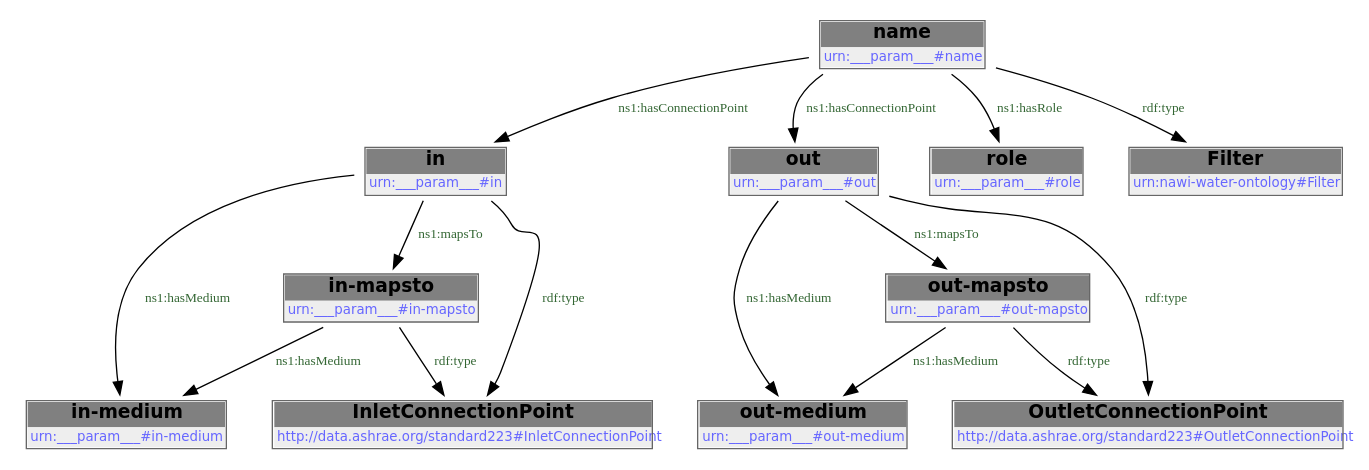
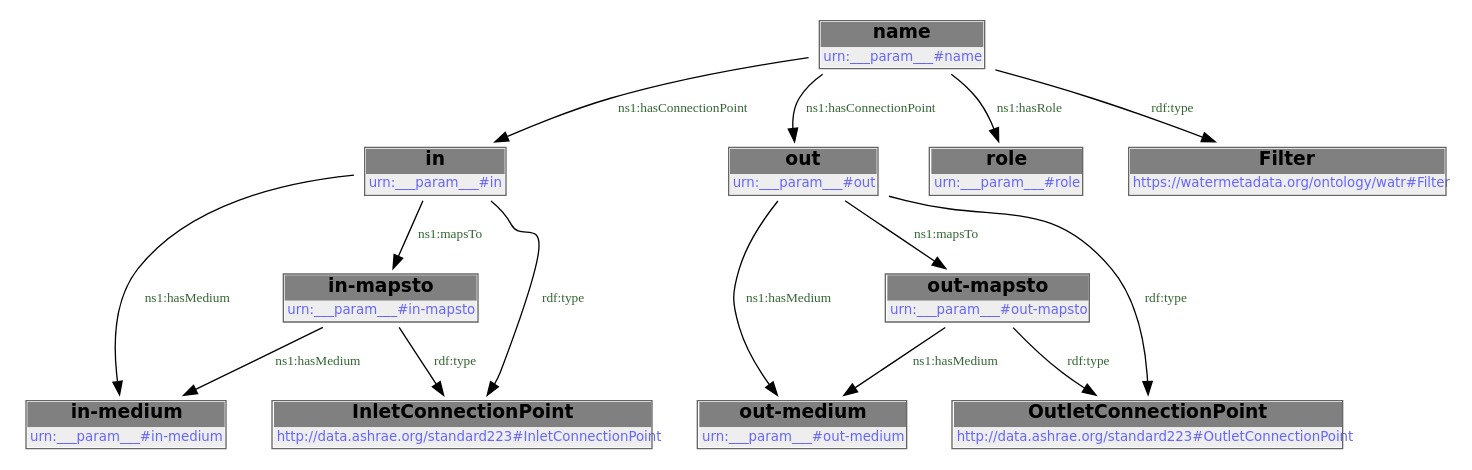
Before and after one commit to DataDrivenCPS/water-ontology: the second of 2 diagrams in docs/libraries/templates/filter.rst, drawn with Graphviz. The commit also changed other lines of this file and 43 other files, not shown here.

First line of the commit message:
feat: move ontology to https://watermetadata.org base URI

```diff
--- a/docs/libraries/templates/filter.rst
+++ b/docs/libraries/templates/filter.rst
@@ -96,30 +96,30 @@
         .. graphviz::
 
                 digraph G {
             node [fontname="DejaVu Sans"];
             node0 -> node1 [color=BLACK, label=< <font point-size='10' color='#336633'>ns1:hasMedium</font> >];
             node2 -> node3 [color=BLACK, label=< <font point-size='10' color='#336633'>ns1:hasMedium</font> >];
             node4 -> node2 [color=BLACK, label=< <font point-size='10' color='#336633'>ns1:hasConnectionPoint</font> >];
             node4 -> node5 [color=BLACK, label=< <font point-size='10' color='#336633'>ns1:hasConnectionPoint</font> >];
             node6 -> node3 [color=BLACK, label=< <font point-size='10' color='#336633'>ns1:hasMedium</font> >];
             node4 -> node7 [color=BLACK, label=< <font point-size='10' color='#336633'>ns1:hasRole</font> >];
             node5 -> node1 [color=BLACK, label=< <font point-size='10' color='#336633'>ns1:hasMedium</font> >];
             node5 -> node0 [color=BLACK, label=< <font point-size='10' color='#336633'>ns1:mapsTo</font> >];
             node4 -> node8 [color=BLACK, label=< <font point-size='10' color='#336633'>rdf:type</font> >];
             node2 -> node9 [color=BLACK, label=< <font point-size='10' color='#336633'>rdf:type</font> >];
             node0 -> node10 [color=BLACK, label=< <font point-size='10' color='#336633'>rdf:type</font> >];
             node6 -> node9 [color=BLACK, label=< <font point-size='10' color='#336633'>rdf:type</font> >];
             node2 -> node6 [color=BLACK, label=< <font point-size='10' color='#336633'>ns1:mapsTo</font> >];
             node5 -> node10 [color=BLACK, label=< <font point-size='10' color='#336633'>rdf:type</font> >];
             node0 [shape=none, color=black, label=< <table color='#666666' cellborder='0' cellspacing='0' border='1'><tr><td colspan='2' bgcolor='grey'><B>out-mapsto</B></td></tr><tr><td href='urn:___param___#out-mapsto' bgcolor='#eeeeee' colspan='2'><font point-size='10' color='#6666ff'>urn:___param___#out-mapsto</font></td></tr></table> >];
             node1 [shape=none, color=black, label=< <table color='#666666' cellborder='0' cellspacing='0' border='1'><tr><td colspan='2' bgcolor='grey'><B>out-medium</B></td></tr><tr><td href='urn:___param___#out-medium' bgcolor='#eeeeee' colspan='2'><font point-size='10' color='#6666ff'>urn:___param___#out-medium</font></td></tr></table> >];
             node2 [shape=none, color=black, label=< <table color='#666666' cellborder='0' cellspacing='0' border='1'><tr><td colspan='2' bgcolor='grey'><B>in</B></td></tr><tr><td href='urn:___param___#in' bgcolor='#eeeeee' colspan='2'><font point-size='10' color='#6666ff'>urn:___param___#in</font></td></tr></table> >];
             node3 [shape=none, color=black, label=< <table color='#666666' cellborder='0' cellspacing='0' border='1'><tr><td colspan='2' bgcolor='grey'><B>in-medium</B></td></tr><tr><td href='urn:___param___#in-medium' bgcolor='#eeeeee' colspan='2'><font point-size='10' color='#6666ff'>urn:___param___#in-medium</font></td></tr></table> >];
             node4 [shape=none, color=black, label=< <table color='#666666' cellborder='0' cellspacing='0' border='1'><tr><td colspan='2' bgcolor='grey'><B>name</B></td></tr><tr><td href='urn:___param___#name' bgcolor='#eeeeee' colspan='2'><font point-size='10' color='#6666ff'>urn:___param___#name</font></td></tr></table> >];
             node5 [shape=none, color=black, label=< <table color='#666666' cellborder='0' cellspacing='0' border='1'><tr><td colspan='2' bgcolor='grey'><B>out</B></td></tr><tr><td href='urn:___param___#out' bgcolor='#eeeeee' colspan='2'><font point-size='10' color='#6666ff'>urn:___param___#out</font></td></tr></table> >];
             node6 [shape=none, color=black, label=< <table color='#666666' cellborder='0' cellspacing='0' border='1'><tr><td colspan='2' bgcolor='grey'><B>in-mapsto</B></td></tr><tr><td href='urn:___param___#in-mapsto' bgcolor='#eeeeee' colspan='2'><font point-size='10' color='#6666ff'>urn:___param___#in-mapsto</font></td></tr></table> >];
             node7 [shape=none, color=black, label=< <table color='#666666' cellborder='0' cellspacing='0' border='1'><tr><td colspan='2' bgcolor='grey'><B>role</B></td></tr><tr><td href='urn:___param___#role' bgcolor='#eeeeee' colspan='2'><font point-size='10' color='#6666ff'>urn:___param___#role</font></td></tr></table> >];
-            node8 [shape=none, color=black, label=< <table color='#666666' cellborder='0' cellspacing='0' border='1'><tr><td colspan='2' bgcolor='grey'><B>Filter</B></td></tr><tr><td href='urn:nawi-water-ontology#Filter' bgcolor='#eeeeee' colspan='2'><font point-size='10' color='#6666ff'>urn:nawi-water-ontology#Filter</font></td></tr></table> >];
+            node8 [shape=none, color=black, label=< <table color='#666666' cellborder='0' cellspacing='0' border='1'><tr><td colspan='2' bgcolor='grey'><B>Filter</B></td></tr><tr><td href='https://watermetadata.org/ontology/watr#Filter' bgcolor='#eeeeee' colspan='2'><font point-size='10' color='#6666ff'>https://watermetadata.org/ontology/watr#Filter</font></td></tr></table> >];
             node9 [shape=none, color=black, label=< <table color='#666666' cellborder='0' cellspacing='0' border='1'><tr><td colspan='2' bgcolor='grey'><B>InletConnectionPoint</B></td></tr><tr><td href='http://data.ashrae.org/standard223#InletConnectionPoint' bgcolor='#eeeeee' colspan='2'><font point-size='10' color='#6666ff'>http://data.ashrae.org/standard223#InletConnectionPoint</font></td></tr></table> >];
             node10 [shape=none, color=black, label=< <table color='#666666' cellborder='0' cellspacing='0' border='1'><tr><td colspan='2' bgcolor='grey'><B>OutletConnectionPoint</B></td></tr><tr><td href='http://data.ashrae.org/standard223#OutletConnectionPoint' bgcolor='#eeeeee' colspan='2'><font point-size='10' color='#6666ff'>http://data.ashrae.org/standard223#OutletConnectionPoint</font></td></tr></table> >];
             }
```
